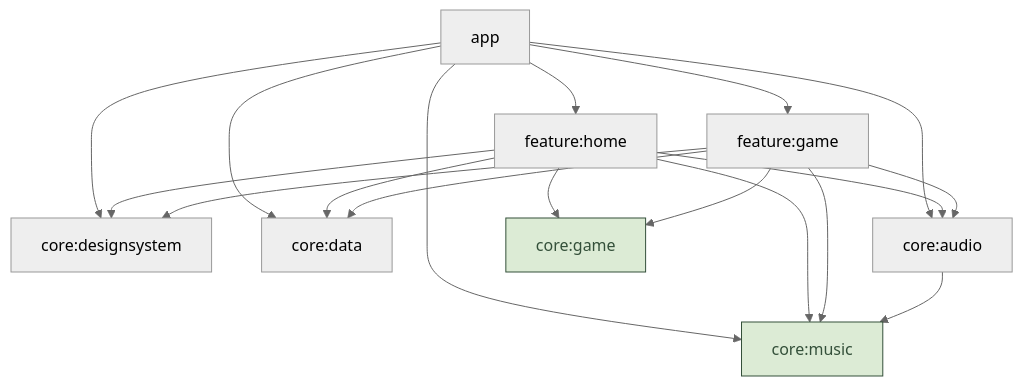
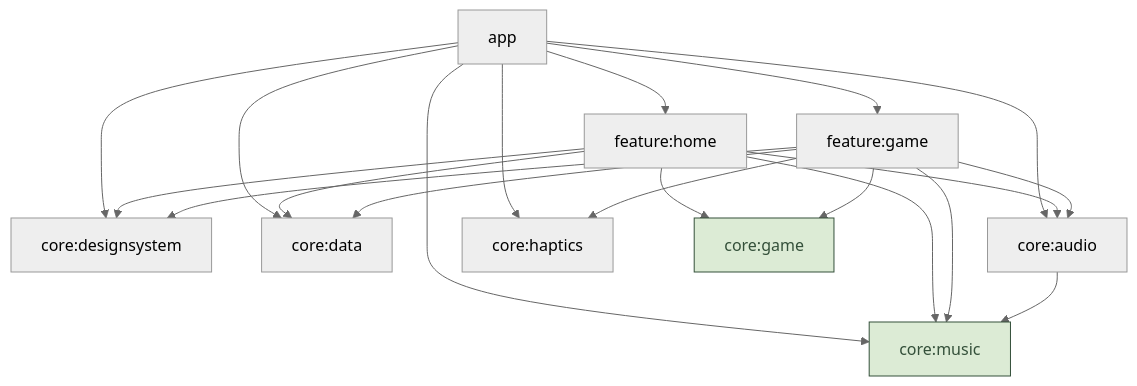
The first of 2 diagrams in docs/architecture.md (magori/blox), drawn with Mermaid (neutral theme) before and after one commit. The commit also changed other lines of this file and 5 other files, not shown here.

````diff
--- a/docs/architecture.md
+++ b/docs/architecture.md
@@ -11,26 +11,28 @@
 ```mermaid
 graph TD
     app --> featureHome[feature:home]
     app --> featureGame[feature:game]
     app --> designsystem[core:designsystem]
     app --> data[core:data]
     app --> audio[core:audio]
+    app --> haptics[core:haptics]
     app --> music
 
     featureHome --> designsystem
     featureHome --> data
     featureHome --> game
     featureHome --> audio
     featureHome --> music
 
     featureGame --> designsystem
     featureGame --> game[core:game]
     featureGame --> data
     featureGame --> audio
     featureGame --> music
+    featureGame --> haptics
 
     audio --> music[core:music]
 
     classDef pure fill:#dcebd5,stroke:#34503a,color:#34503a
     class game,music pure
 ```
````
